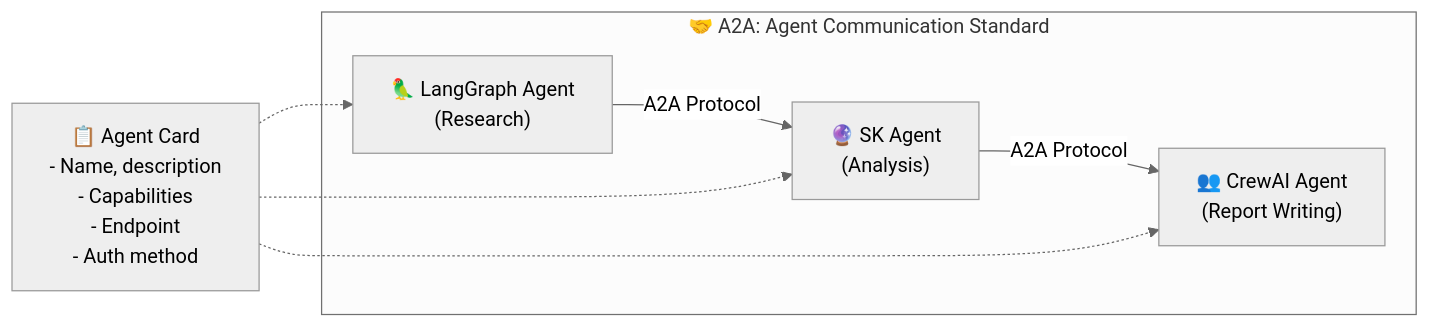
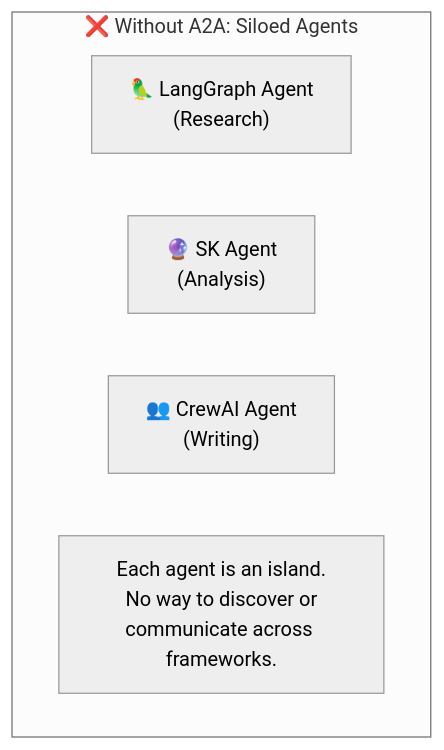
Diagram 17 of 27 in education/en/16-agent-frameworks.md (roie9876/AI-Agent-Platform), drawn with Mermaid (neutral theme) before and after one commit. The commit also changed other lines of this file and 1 other file, not shown here.

Commit message:
fix+feat: escape dollar signs in mermaid, expand MCP and A2A sections in chapter 16 with architecture diagrams, code examples, Agent Card JSON samples, and communication flows

````diff
--- a/education/en/16-agent-frameworks.md
+++ b/education/en/16-agent-frameworks.md
@@ -674,9 +814,9 @@
 ```mermaid
-graph LR
-    subgraph "🤝 A2A: Agent Communication Standard"
-        AgentA["🦜 LangGraph Agent<br/>(Research)"] -->|"A2A Protocol"| AgentB["🔮 SK Agent<br/>(Analysis)"]
-        AgentB -->|"A2A Protocol"| AgentC["👥 CrewAI Agent<br/>(Report Writing)"]
+graph TB
+    subgraph "❌ Without A2A: Siloed Agents"
+        LG_Agent["🦜 LangGraph Agent<br/>(Research)"]
+        SK_Agent["🔮 SK Agent<br/>(Analysis)"]
+        CR_Agent["👥 CrewAI Agent<br/>(Writing)"]
+        Note1["Each agent is an island.<br/>No way to discover or<br/>communicate across frameworks."]
     end
-    
-    Card["📋 Agent Card<br/>- Name, description<br/>- Capabilities<br/>- Endpoint<br/>- Auth method"] -.-> AgentA & AgentB & AgentC
 ```
````
